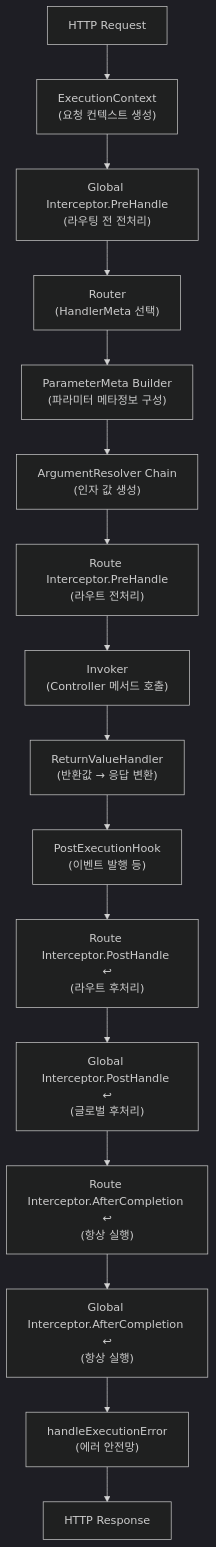
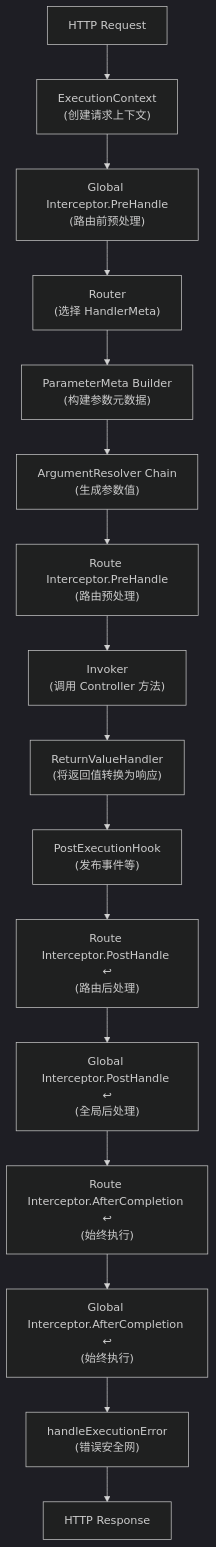
Before and after one commit to NARUBROWN/spine-site: the diagram in docs/zh-Hans/learn/core-concepts/pipeline.md, drawn with Mermaid (dark theme). The commit also changed other lines of this file and 26 other files, not shown here.

````diff
--- a/docs/zh-Hans/learn/core-concepts/pipeline.md
+++ b/docs/zh-Hans/learn/core-concepts/pipeline.md
@@ -11,36 +11,36 @@
 ```mermaid
 graph TD
     Request["HTTP Request"]
-    
-    ExecutionContext["ExecutionContext<br>(요청 컨텍스트 생성)"]
-    GlobalPre["Global Interceptor.PreHandle<br>(라우팅 전 전처리)"]
-    Router["Router<br>(HandlerMeta 선택)"]
-    ParamMeta["ParameterMeta Builder<br>(파라미터 메타정보 구성)"]
-    ArgResolver["ArgumentResolver Chain<br>(인자 값 생성)"]
-    RoutePre["Route Interceptor.PreHandle<br>(라우트 전처리)"]
-    Invoker["Invoker<br>(Controller 메서드 호출)"]
-    ReturnHandler["ReturnValueHandler<br>(반환값 → 응답 변환)"]
-    PostHook["PostExecutionHook<br>(이벤트 발행 등)"]
-    RoutePost["Route Interceptor.PostHandle ↩<br>(라우트 후처리)"]
-    GlobalPost["Global Interceptor.PostHandle ↩<br>(글로벌 후처리)"]
-    RouteAfter["Route Interceptor.AfterCompletion ↩<br>(항상 실행)"]
-    GlobalAfter["Global Interceptor.AfterCompletion ↩<br>(항상 실행)"]
-    ErrorHandler["handleExecutionError<br>(에러 안전망)"]
+
+    ExecutionContext["ExecutionContext<br>(创建请求上下文)"]
+    GlobalPre["Global Interceptor.PreHandle<br>(路由前预处理)"]
+    Router["Router<br>(选择 HandlerMeta)"]
+    ParamMeta["ParameterMeta Builder<br>(构建参数元数据)"]
+    ArgResolver["ArgumentResolver Chain<br>(生成参数值)"]
+    RoutePre["Route Interceptor.PreHandle<br>(路由预处理)"]
+    Invoker["Invoker<br>(调用 Controller 方法)"]
+    ReturnHandler["ReturnValueHandler<br>(将返回值转换为响应)"]
+    PostHook["PostExecutionHook<br>(发布事件等)"]
+    RoutePost["Route Interceptor.PostHandle ↩<br>(路由后处理)"]
+    GlobalPost["Global Interceptor.PostHandle ↩<br>(全局后处理)"]
+    RouteAfter["Route Interceptor.AfterCompletion ↩<br>(始终执行)"]
+    GlobalAfter["Global Interceptor.AfterCompletion ↩<br>(始终执行)"]
+    ErrorHandler["handleExecutionError<br>(错误安全网)"]
     Response["HTTP Response"]
 
     Request --> ExecutionContext
     ExecutionContext --> GlobalPre
     GlobalPre --> Router
     Router --> ParamMeta
     ParamMeta --> ArgResolver
     ArgResolver --> RoutePre
     RoutePre --> Invoker
     Invoker --> ReturnHandler
     ReturnHandler --> PostHook
     PostHook --> RoutePost
     RoutePost --> GlobalPost
     GlobalPost --> RouteAfter
     RouteAfter --> GlobalAfter
     GlobalAfter --> ErrorHandler
     ErrorHandler --> Response
 ```
````
